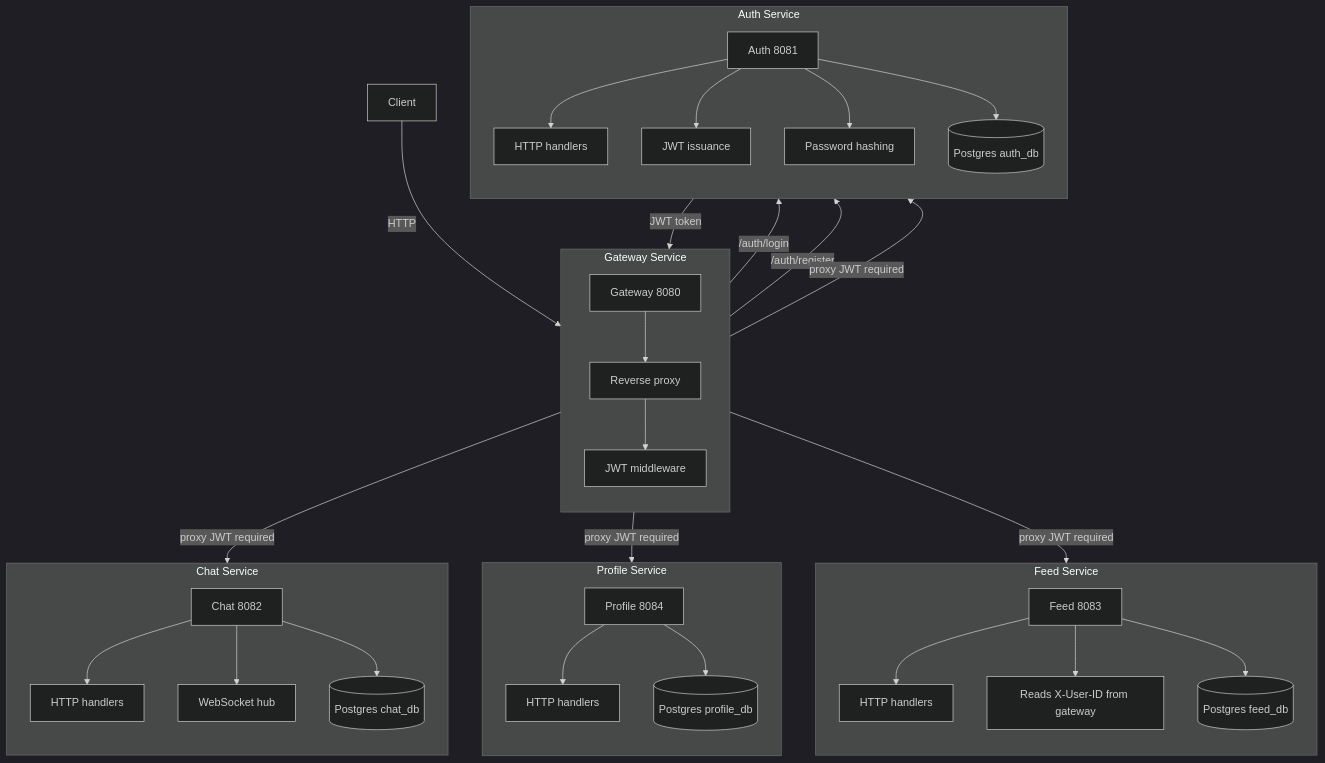
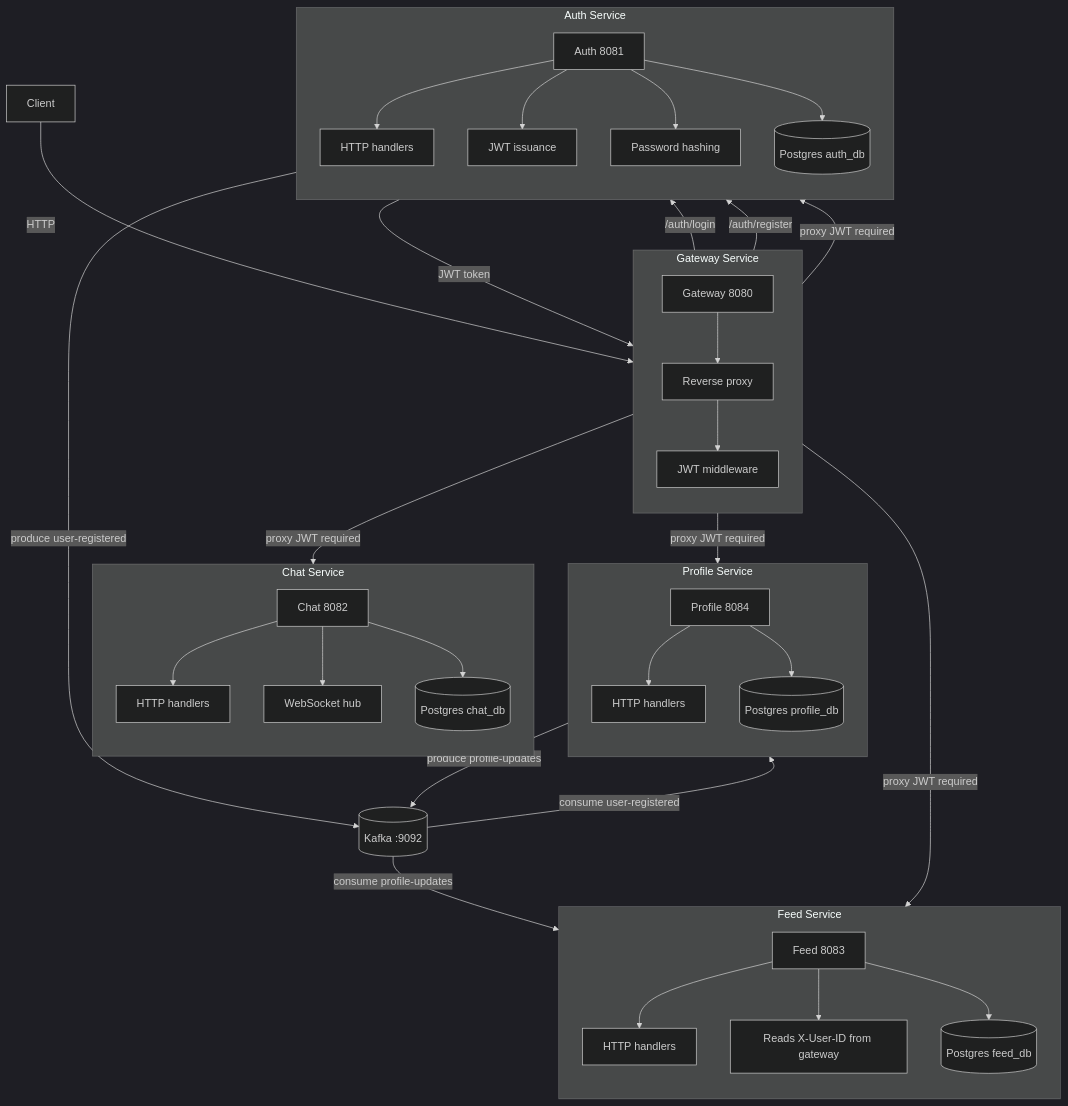
Before and after one commit to abeb021/wave-connect: the first of 5 diagrams in README.md, drawn with Mermaid (dark theme). The commit also changed other lines of this file and 1 other file, not shown here.

Commit message:
recent architecture changes updated docs

````diff
--- a/README.md
+++ b/README.md
@@ -30,56 +30,63 @@
 ```mermaid
 flowchart TB
   C[Client]
   
   %% Gateway
   G3[Gateway 8080]
     subgraph Gateway["Gateway Service"]
     direction TB
     G2 --> G[JWT middleware]
     G3 --> G2[Reverse proxy]
   end
 
   %% Domain services
   G2 -->|/auth/login| AUTH
   G2 -->|/auth/register| AUTH
   AUTH --> |JWT token| G2
   G -->|proxy JWT required| AUTH[Auth 8081]
   G -->|proxy JWT required| FEED[Feed 8083]
   G -->|proxy JWT required| PROFILE[Profile 8084]
   G -->|proxy JWT required| CHAT[Chat 8082]
+  K[(Kafka :9092)]
 
   %% Auth service internals
   subgraph AuthService["Auth Service"]
     direction TB
     AUTH --> A1[HTTP handlers]
     AUTH --> A2[JWT issuance]
     AUTH --> A3[Password hashing]
     AUTH --> A4[(Postgres auth_db)]
   end
 
   %% Feed service internals
   subgraph FeedService["Feed Service"]
     direction TB
     FEED --> F1[HTTP handlers]
     FEED --> F2[Reads X-User-ID from gateway]
     FEED --> F3[(Postgres feed_db)]
   end
 
   %% Profile service internals
   subgraph ProfileService["Profile Service"]
     direction TB
     PROFILE --> P1[HTTP handlers]
     PROFILE --> P2[(Postgres profile_db)]
   end
 
   %% Chat service internals
   subgraph ChatService["Chat Service"]
     direction TB
     CHAT --> M1[HTTP handlers]
     CHAT --> M3[WebSocket hub]
     CHAT --> M2[(Postgres chat_db)]
   end
 
+  %% Kafka events
+  AUTH -->|produce user-registered| K
+  K -->|consume user-registered| PROFILE
+  PROFILE -->|produce profile-updates| K
+  K -->|consume profile-updates| FEED
+
   %% Client entrypoint
   C -->|HTTP| G3
 ```
````
